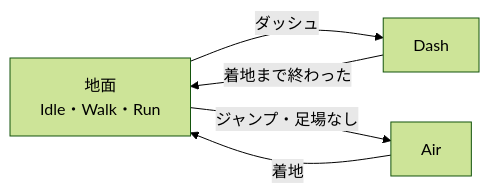
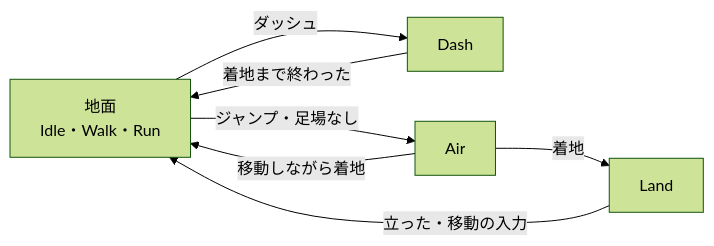
One commit to hirota-ryuki/Action changed the first of 3 diagrams in Action/docs/ゲーム/プレイヤー/プレイヤーのステートの設計.md. Above: the diagram before and after it, drawn with Mermaid (forest theme). The commit also changed other lines of this file and 6 other files, not shown here.

````diff
--- a/Action/docs/ゲーム/プレイヤー/プレイヤーのステートの設計.md
+++ b/Action/docs/ゲーム/プレイヤー/プレイヤーのステートの設計.md
@@ -18,7 +18,9 @@
 ```mermaid
 flowchart LR
     G["地面<br/>Idle・Walk・Run"] -->|ダッシュ| D[Dash]
     D -->|着地まで終わった| G
     G -->|ジャンプ・足場なし| A[Air]
-    A -->|着地| G
+    A -->|着地| L[Land]
+    A -->|移動しながら着地| G
+    L -->|立った・移動の入力| G
 ```
````
